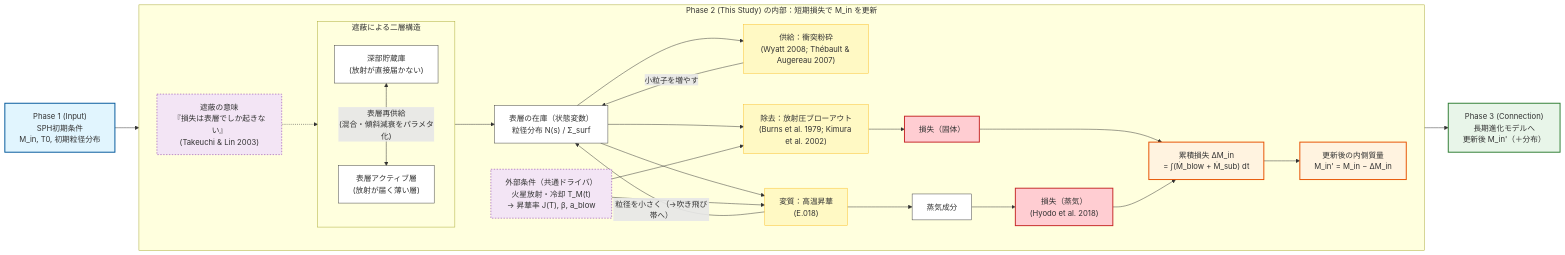
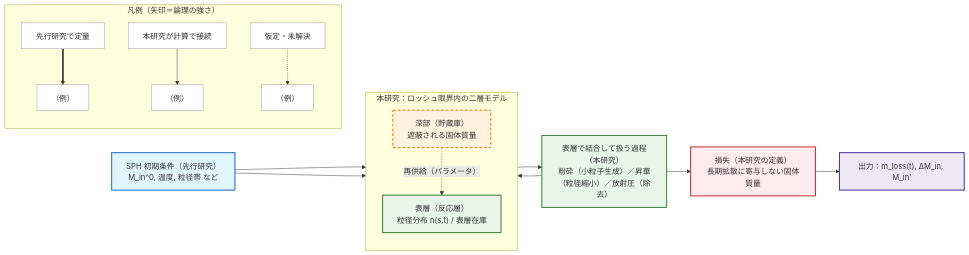
One commit to Einfeld686/MarsDiskSimulation changed the second of 3 diagrams in analysis/introduction.md. Above: the diagram before and after it, drawn with Mermaid. The commit also changed other lines of this file, not shown here.

Commit message:
analysis: extend intro assumptions and fig 1.2b

````diff
--- a/analysis/introduction.md
+++ b/analysis/introduction.md
@@ -116,59 +126,35 @@
 ```mermaid
 flowchart LR
-    %% ========= style =========
-    classDef input fill:#e1f5fe,stroke:#01579b,stroke-width:2px;
-    classDef connect fill:#e8f5e9,stroke:#2e7d32,stroke-width:2px;
-    classDef state fill:#ffffff,stroke:#424242,stroke-width:1px;
-    classDef proc fill:#fff9c4,stroke:#fbc02d,stroke-width:1px;
-    classDef sink fill:#ffcdd2,stroke:#c62828,stroke-width:2px;
-    classDef driver fill:#f3e5f5,stroke:#7b1fa2,stroke-width:1px,stroke-dasharray: 3 3;
-    classDef calc fill:#fff3e0,stroke:#e65100,stroke-width:2px;
+    classDef prior fill:#e1f5fe,stroke:#1565c0,stroke-width:2px;
+    classDef assume fill:#fff3e0,stroke:#ef6c00,stroke-width:2px,stroke-dasharray: 6 4;
+    classDef this fill:#e8f5e9,stroke:#2e7d32,stroke-width:2px;
+    classDef out fill:#ede7f6,stroke:#4527a0,stroke-width:2px;
+    classDef sink fill:#ffebee,stroke:#c62828,stroke-width:2px;
+    classDef legend fill:#ffffff,stroke:#999,stroke-width:1px;
 
-    %% ========= anchors (Phase1 / Phase3) =========
-    IN["Phase 1 (Input)<br/>SPH初期条件<br/>M_in, T0, 初期粒径分布"]:::input
-    OUT["Phase 3 (Connection)<br/>長期進化モデルへ<br/>更新後 M_in'（＋分布）"]:::connect
-
-    %% ========= Phase2 zoom =========
-    subgraph P2["Phase 2 (This Study) の内部：短期損失で M_in を更新"]
-        direction LR
-
-        %% --- vertical structure = shielding ---
-        subgraph V["遮蔽による二層構造"]
-            direction TB
-            Deep["深部貯蔵庫<br/>(放射が直接届かない)"]:::state
-            Surf["表層アクティブ層<br/>(放射が届く薄い層)"]:::state
-            Deep <-->|"表層再供給<br/>(混合・傾斜減衰をパラメタ化)"| Surf
-        end
-
-        %% --- central state variable ---
-        Surf --> PSD["表層の在庫（状態変数）<br/>粒径分布 N(s) / Σ_surf"]:::state
-
-        %% --- competing processes (parallel) ---
-        PSD --> Coll["供給：衝突粉砕<br/>(Wyatt 2008; Thébault & Augereau 2007)"]:::proc
-        Coll -->|"小粒子を増やす"| PSD
-
-        PSD --> Sub["変質：高温昇華<br/>(E.018)"]:::proc
-        Sub -->|"粒径を小さく（→吹き飛び帯へ）"| PSD
-        Sub --> Vap["蒸気成分"]:::state
-
-        PSD --> Blow["除去：放射圧ブローアウト<br/>(Burns et al. 1979; Kimura et al. 2002)"]:::proc
-        Blow --> LossS["損失（固体）"]:::sink
-        Vap --> LossV["損失（蒸気）<br/>(Hyodo et al. 2018)"]:::sink
-
-        %% --- drivers / constraints ---
-        Tdrv["外部条件（共通ドライバ）<br/>火星放射・冷却 T_M(t)<br/>→ 昇華率 J(T), β, a_blow"]:::driver
-        Tdrv --> Sub
-        Tdrv --> Blow
-
-        Shield["遮蔽の意味<br/>『損失は表層でしか起きない』<br/>(Takeuchi & Lin 2003)"]:::driver -.-> Surf
-
-        %% --- time integration / output ---
-        LossS --> Int["累積損失 ΔM_in<br/>= ∫(Ṁ_blow + Ṁ_sub) dt"]:::calc
-        LossV --> Int
-        Int --> Upd["更新後の内側質量<br/>M_in' = M_in − ΔM_in"]:::calc
+    subgraph LEG["凡例（矢印＝論理の強さ）"]
+      direction TB
+      LG1["先行研究で定量"]:::legend ==> LG2["（例）"]:::legend
+      LG3["本研究が計算で接続"]:::legend --> LG4["（例）"]:::legend
+      LG5["仮定・未解決"]:::legend -.-> LG6["（例）"]:::legend
     end
 
-    %% ========= wiring =========
-    IN --> Deep
-    Upd --> OUT
+    IN["SPH 初期条件（先行研究）<br/>M_in^0, 温度, 粒径帯 など"]:::prior
+
+    subgraph DISK["本研究：ロッシュ限界内の二層モデル"]
+      direction TB
+      DEEP["深部（貯蔵庫）<br/>遮蔽される固体質量"]:::assume
+      SURF["表層（反応層）<br/>粒径分布 n(s,t) / 表層在庫"]:::this
+      DEEP -.->|再供給（パラメータ）| SURF
+    end
+
+    PROC["表層で結合して扱う過程（本研究）<br/>粉砕（小粒子生成）／昇華（粒径縮小）／放射圧（除去）"]:::this
+    LOSS["損失（本研究の定義）<br/>長期拡散に寄与しない固体質量"]:::sink
+    OUT["出力：ṁ_loss(t), ΔM_in, M_in'"]:::out
+
+    IN --> DEEP
+    IN --> SURF
+    SURF --> PROC --> SURF
+    PROC --> LOSS
+    LOSS --> OUT
 ```
````
